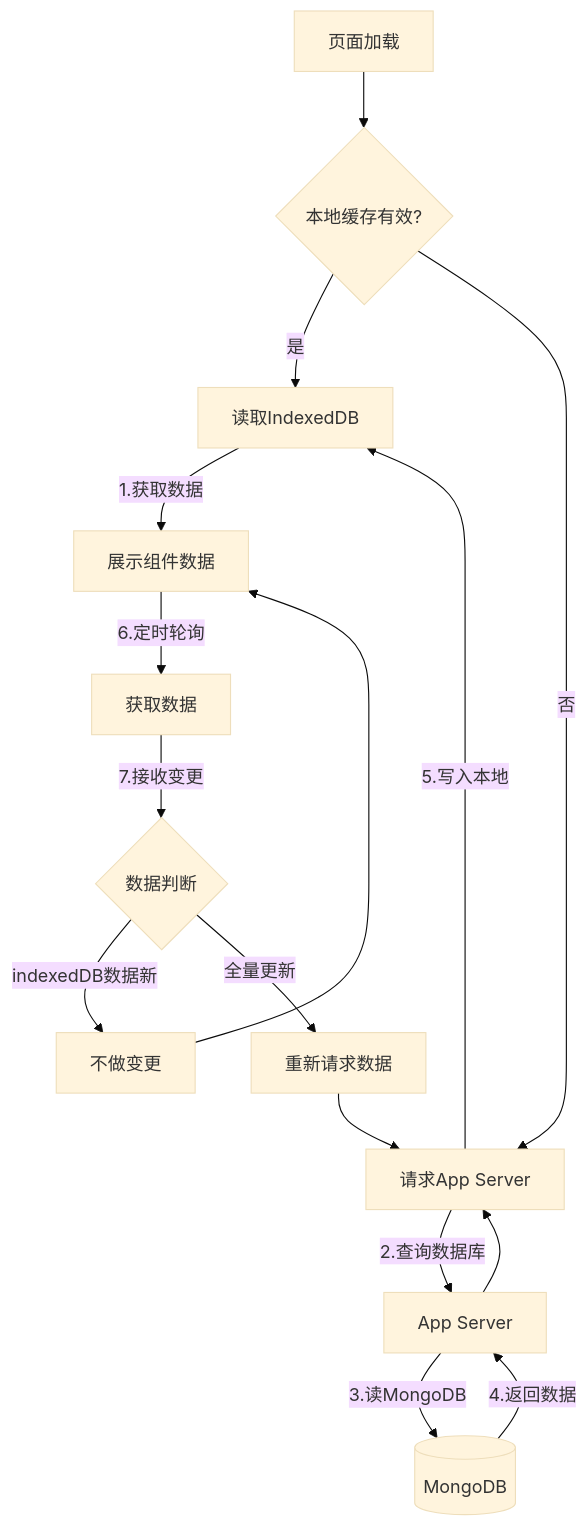
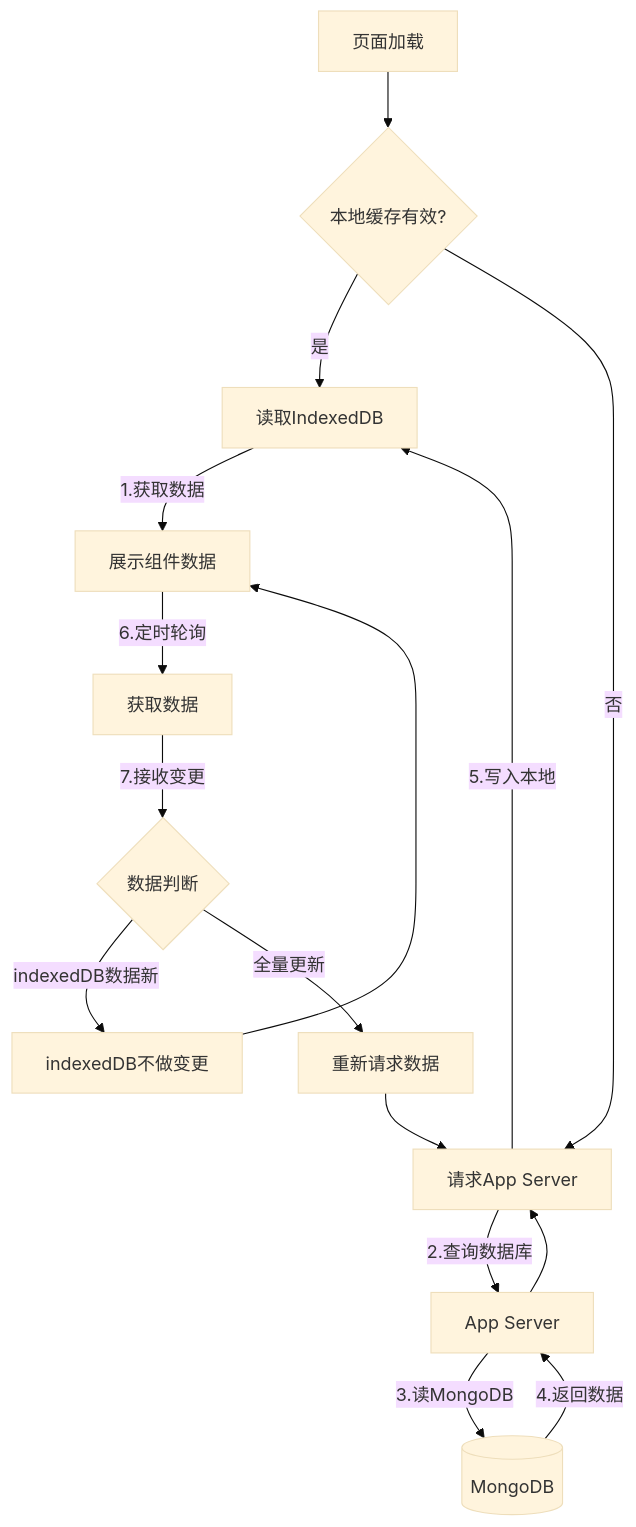
One commit to yingjianzh/iodraw-files changed the diagram in all/未命名-21.md. Above: the diagram before and after it, drawn with Mermaid (base theme).

Commit message:
2025-02-18 11:33:38 update

````diff
--- a/all/未命名-21.md
+++ b/all/未命名-21.md
@@ -1,19 +1,19 @@
 ```mermaid
 
 graph TD
     A[页面加载] --> B{本地缓存有效?}
     B -->|是| C[读取IndexedDB]
     B -->|否| D[请求App Server]
     C -->|1.获取数据| E[展示组件数据]
     D -->|2.查询数据库| F[App Server]
     F -->|3.读MongoDB| G[(MongoDB)]
     G -->|4.返回数据| F --> D
     D -->|5.写入本地| C
     E -->|6.定时轮询| H[获取数据]
     H -->|7.接收变更| I{数据判断}
-    I -->|indexedDB数据新| J[不做变更]
+    I -->|indexedDB数据新| J[indexedDB不做变更]
     I -->|全量更新| K[重新请求数据]
     J --> E
     K --> D
 
 ```
````
